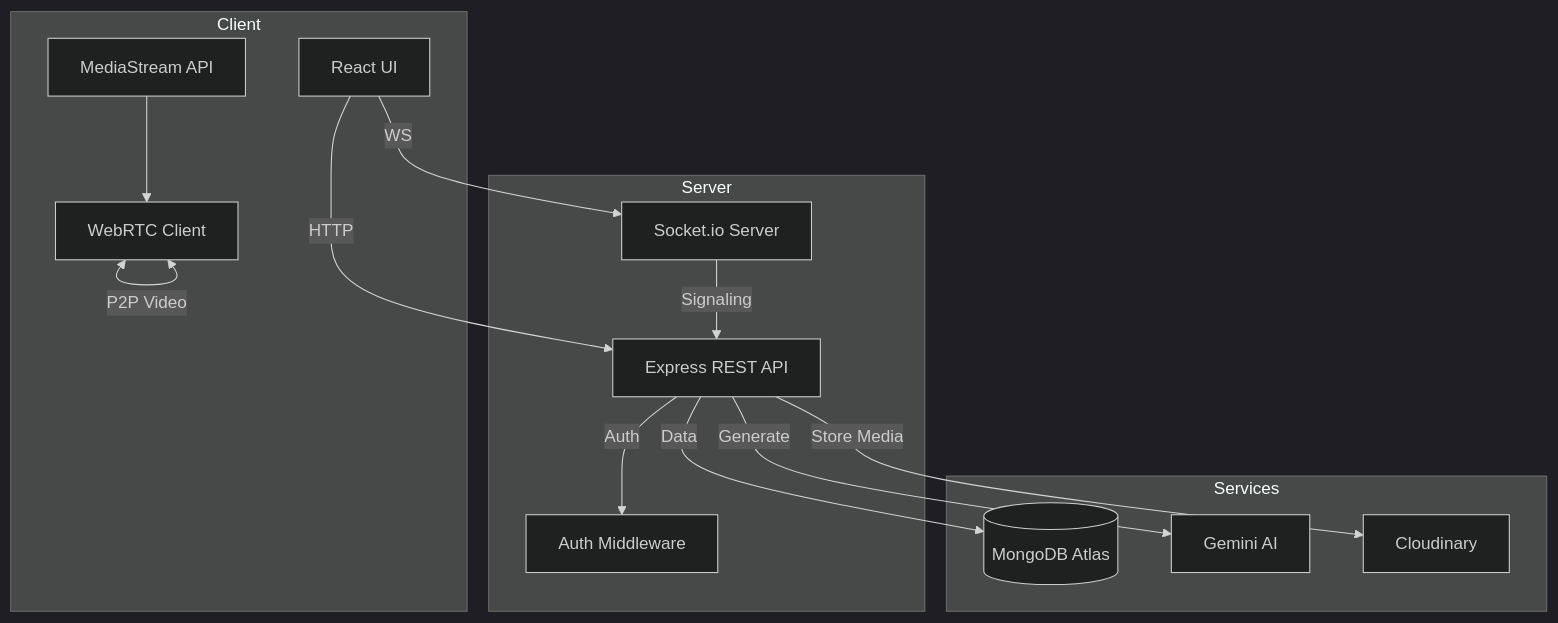
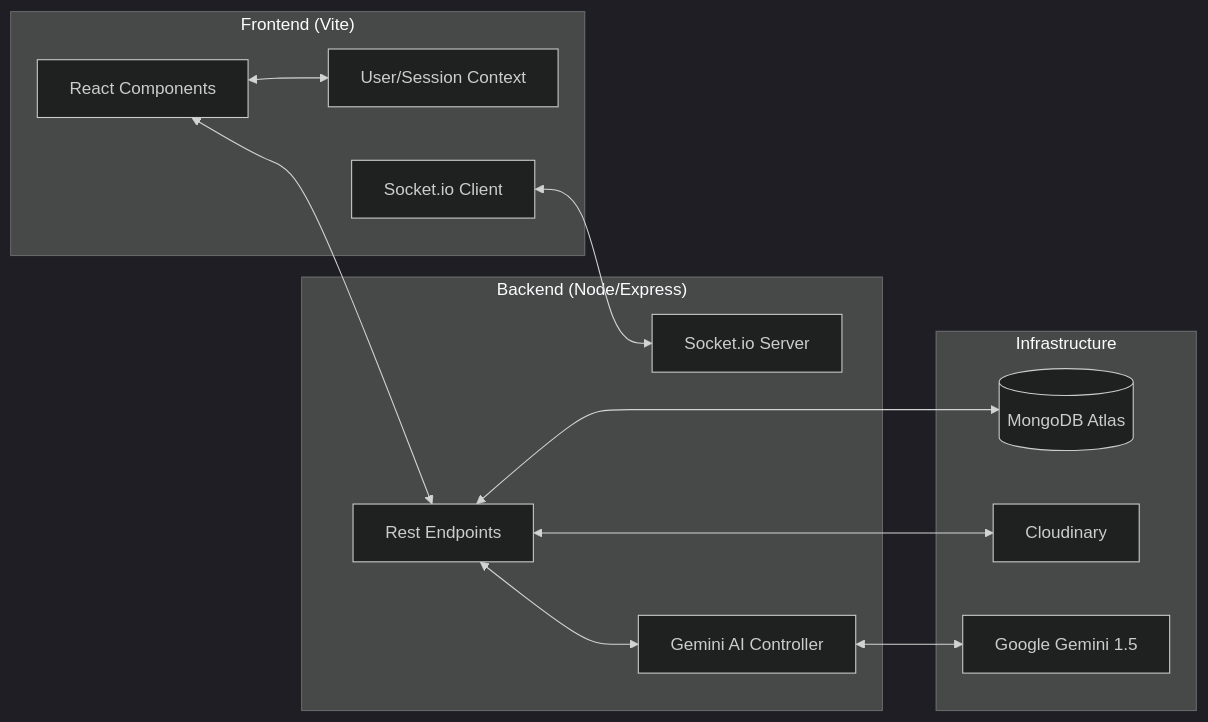
The second of 2 diagrams in README.md (akhilthirunalveli/MockMate), drawn with Mermaid (dark theme) before and after one commit. The commit also changed other lines of this file and 60 other files, not shown here.

````diff
--- a/README.md
+++ b/README.md
@@ -79,32 +99,28 @@
 ```mermaid
-graph TB
-    subgraph Client
-        UI[React UI]
-        Stream[MediaStream API]
-        RTC_C[WebRTC Client]
+graph LR
+    subgraph "Frontend (Vite)"
+        UI[React Components]
+        Context[User/Session Context]
+        SocketClient[Socket.io Client]
     end
 
-    subgraph Server
-        API[Express REST API]
-        Socket[Socket.io Server]
-        Auth[Auth Middleware]
+    subgraph "Backend (Node/Express)"
+        API[Rest Endpoints]
+        SocketServer[Socket.io Server]
+        AIController[Gemini AI Controller]
     end
 
-    subgraph Services
+    subgraph "Infrastructure"
         DB[(MongoDB Atlas)]
-        AI[Gemini AI]
         Cloud[Cloudinary]
+        AI[Google Gemini 1.5]
     end
 
-    UI -->|HTTP| API
-    UI -->|WS| Socket
-    Stream --> RTC_C
-    RTC_C <-->|P2P Video| RTC_C
-    
-    API -->|Auth| Auth
-    API -->|Data| DB
-    API -->|Generate| AI
-    API -->|Store Media| Cloud
-    
-    Socket -->|Signaling| API
+    UI <--> Context
+    UI <--> API
+    SocketClient <--> SocketServer
+    API <--> AIController
+    AIController <--> AI
+    API <--> DB
+    API <--> Cloud
 ```
````
